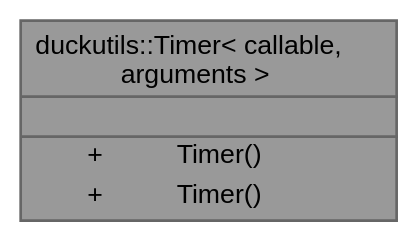
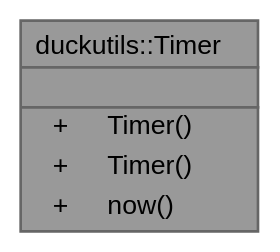
Before and after one commit to BrentonPoke/ClusterDuck-Protocol: the diagram in classduckutils_1_1_timer__coll__graph.dot, drawn with Graphviz. The commit also changed 28 other files, not shown here.

```diff
--- a/classduckutils_1_1_timer__coll__graph.dot
+++ b/classduckutils_1_1_timer__coll__graph.dot
@@ -1,15 +1,16 @@
-digraph "duckutils::Timer&lt; callable, arguments &gt;"
+digraph "duckutils::Timer"
 {
  // LATEX_PDF_SIZE
   bgcolor="transparent";
   edge [fontname=Helvetica,fontsize=10,labelfontname=Helvetica,labelfontsize=10];
   node [fontname=Helvetica,fontsize=10,shape=box,height=0.2,width=0.4];
-  Node1 [id="Node000001",shape=plain,label=<<TABLE CELLBORDER="0" BORDER="1"><TR><TD COLSPAN="2" CELLPADDING="1" CELLSPACING="0">duckutils::Timer&lt; callable,<BR ALIGN="LEFT"/> arguments &gt;</TD></TR>
+  Node1 [id="Node000001",shape=plain,label=<<TABLE CELLBORDER="0" BORDER="1"><TR><TD COLSPAN="2" CELLPADDING="1" CELLSPACING="0">duckutils::Timer</TD></TR>
 <HR/>
 <TR><TD COLSPAN="2" CELLPADDING="1" CELLSPACING="0">&nbsp;</TD></TR>
 <HR/>
 <TR><TD VALIGN="top" CELLPADDING="1" CELLSPACING="0">+</TD><TD VALIGN="top" ALIGN="LEFT" CELLPADDING="1" CELLSPACING="0">Timer()<BR ALIGN="LEFT"/></TD></TR>
 <TR><TD VALIGN="top" CELLPADDING="1" CELLSPACING="0">+</TD><TD VALIGN="top" ALIGN="LEFT" CELLPADDING="1" CELLSPACING="0">Timer()<BR ALIGN="LEFT"/></TD></TR>
+<TR><TD VALIGN="top" CELLPADDING="1" CELLSPACING="0">+</TD><TD VALIGN="top" ALIGN="LEFT" CELLPADDING="1" CELLSPACING="0">now()<BR ALIGN="LEFT"/></TD></TR>
 </TABLE>>
-,height=0.2,width=0.4,color="gray40", fillcolor="grey60", style="filled", fontcolor="black",tooltip="Create a timer instance."];
+,height=0.2,width=0.4,color="gray40", fillcolor="grey60", style="filled", fontcolor="black",tooltip="Create a timer instance. Takes packed arguments for the callable. Is a blocking call."];
 }
```
